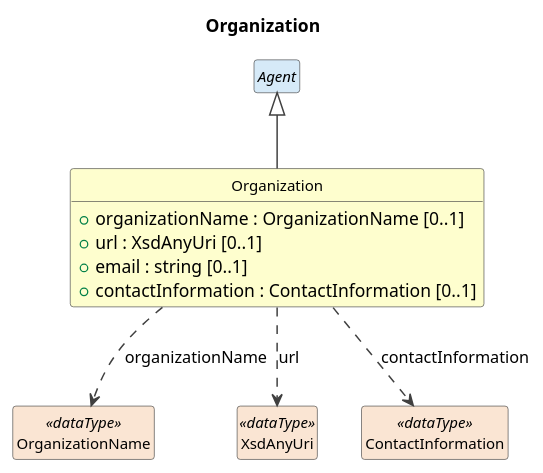
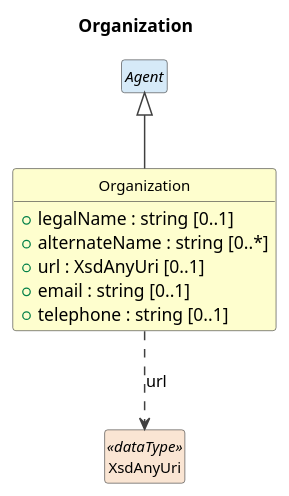
Before and after one commit to Cross-Domain-Interoperability-Framework/metadataBuildingBlocks: the diagram in build/plantuml/cdifCore/Classes/Organization.pu, drawn with PlantUML. The commit also changed 108 other files, not shown here.

```diff
--- a/build/plantuml/cdifCore/Classes/Organization.pu
+++ b/build/plantuml/cdifCore/Classes/Organization.pu
@@ -1,28 +1,25 @@
 @startuml
 title Organization
 hide circle
 hide empty members
 skinparam shadowing false
 skinparam ArrowThickness 1.2
 skinparam class {
   ArrowColor #404040
   BorderColor #404040
   FontSize 12
 }
 
 class "Organization" as Organization #FEFECE {
-  +organizationName : OrganizationName [0..1]
+  +legalName : string [0..1]
+  +alternateName : string [0..*]
   +url : XsdAnyUri [0..1]
   +email : string [0..1]
-  +contactInformation : ContactInformation [0..1]
+  +telephone : string [0..1]
 }
 abstract class "Agent" as Agent #D6EAF8
 Agent <|-- Organization
-class "OrganizationName" as OrganizationName <<dataType>> #FAE5D3
-Organization ..> OrganizationName : organizationName
 class "XsdAnyUri" as XsdAnyUri <<dataType>> #FAE5D3
 Organization ..> XsdAnyUri : url
-class "ContactInformation" as ContactInformation <<dataType>> #FAE5D3
-Organization ..> ContactInformation : contactInformation
 
 @enduml
```
